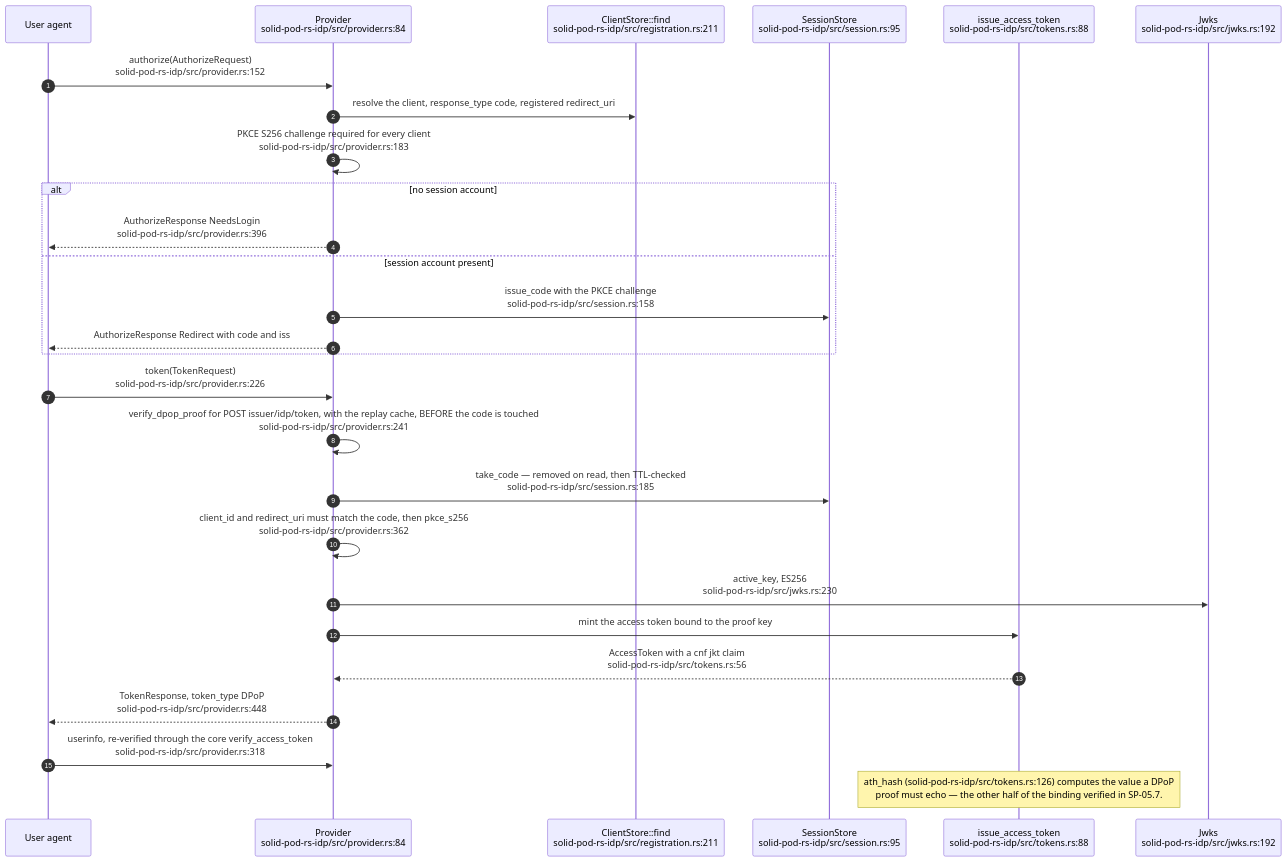
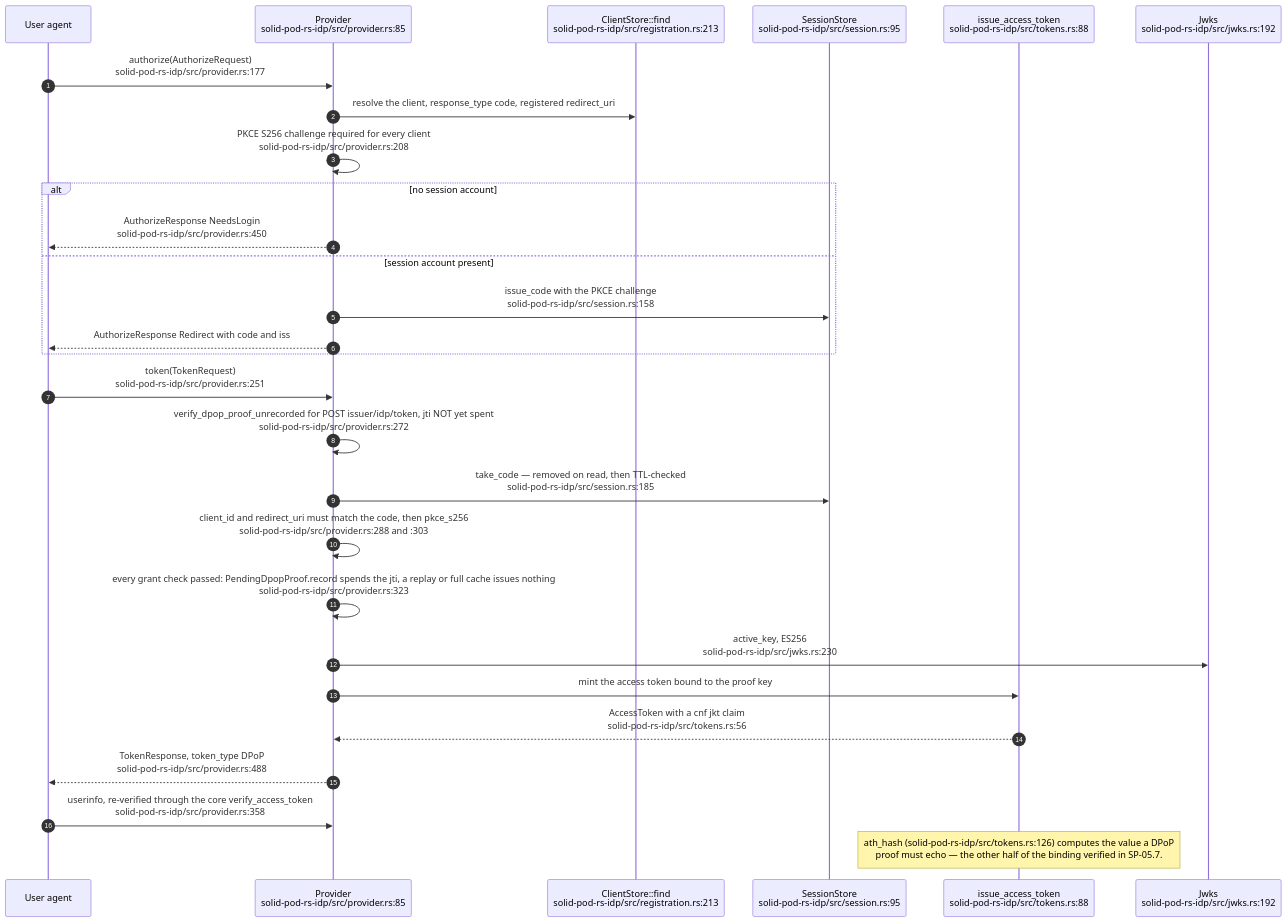
Diagram 13 of 18 in docs/diagrams/solid-pod-rs/05-identity-nip98-did-oidc.md (DreamLab-AI/VisionFlow), drawn with Mermaid before and after one commit. The commit also changed other lines of this file and 2 other files, not shown here.

First line of the commit message:
docs(diagrams): SP-05, SP-11, SP-12 re-verified at solid-pod-rs a28a748

````diff
--- a/docs/diagrams/solid-pod-rs/05-identity-nip98-did-oidc.md
+++ b/docs/diagrams/solid-pod-rs/05-identity-nip98-did-oidc.md
@@ -411,30 +427,31 @@
 ```mermaid
 sequenceDiagram
     autonumber
     participant U as User agent
-    participant P as Provider<br/>solid-pod-rs-idp/src/provider.rs:84
-    participant CS as ClientStore::find<br/>solid-pod-rs-idp/src/registration.rs:211
+    participant P as Provider<br/>solid-pod-rs-idp/src/provider.rs:85
+    participant CS as ClientStore::find<br/>solid-pod-rs-idp/src/registration.rs:213
     participant SS as SessionStore<br/>solid-pod-rs-idp/src/session.rs:95
     participant T as issue_access_token<br/>solid-pod-rs-idp/src/tokens.rs:88
     participant J as Jwks<br/>solid-pod-rs-idp/src/jwks.rs:192
 
-    U->>P: authorize(AuthorizeRequest)<br/>solid-pod-rs-idp/src/provider.rs:152
+    U->>P: authorize(AuthorizeRequest)<br/>solid-pod-rs-idp/src/provider.rs:177
     P->>CS: resolve the client, response_type code, registered redirect_uri
-    P->>P: PKCE S256 challenge required for every client<br/>solid-pod-rs-idp/src/provider.rs:183
+    P->>P: PKCE S256 challenge required for every client<br/>solid-pod-rs-idp/src/provider.rs:208
     alt no session account
-        P-->>U: AuthorizeResponse NeedsLogin<br/>solid-pod-rs-idp/src/provider.rs:396
+        P-->>U: AuthorizeResponse NeedsLogin<br/>solid-pod-rs-idp/src/provider.rs:450
     else session account present
         P->>SS: issue_code with the PKCE challenge<br/>solid-pod-rs-idp/src/session.rs:158
         P-->>U: AuthorizeResponse Redirect with code and iss
     end
-    U->>P: token(TokenRequest)<br/>solid-pod-rs-idp/src/provider.rs:226
-    P->>P: verify_dpop_proof for POST issuer/idp/token, with the replay cache, BEFORE the code is touched<br/>solid-pod-rs-idp/src/provider.rs:241
+    U->>P: token(TokenRequest)<br/>solid-pod-rs-idp/src/provider.rs:251
+    P->>P: verify_dpop_proof_unrecorded for POST issuer/idp/token, jti NOT yet spent<br/>solid-pod-rs-idp/src/provider.rs:272
     P->>SS: take_code — removed on read, then TTL-checked<br/>solid-pod-rs-idp/src/session.rs:185
-    P->>P: client_id and redirect_uri must match the code, then pkce_s256<br/>solid-pod-rs-idp/src/provider.rs:362
+    P->>P: client_id and redirect_uri must match the code, then pkce_s256<br/>solid-pod-rs-idp/src/provider.rs:288 and :303
+    P->>P: every grant check passed: PendingDpopProof.record spends the jti, a replay or full cache issues nothing<br/>solid-pod-rs-idp/src/provider.rs:323
     P->>J: active_key, ES256<br/>solid-pod-rs-idp/src/jwks.rs:230
     P->>T: mint the access token bound to the proof key
     T-->>P: AccessToken with a cnf jkt claim<br/>solid-pod-rs-idp/src/tokens.rs:56
-    P-->>U: TokenResponse, token_type DPoP<br/>solid-pod-rs-idp/src/provider.rs:448
-    U->>P: userinfo, re-verified through the core verify_access_token<br/>solid-pod-rs-idp/src/provider.rs:318
+    P-->>U: TokenResponse, token_type DPoP<br/>solid-pod-rs-idp/src/provider.rs:488
+    U->>P: userinfo, re-verified through the core verify_access_token<br/>solid-pod-rs-idp/src/provider.rs:358
     Note over T: ath_hash (solid-pod-rs-idp/src/tokens.rs:126) computes the value a DPoP<br/>proof must echo — the other half of the binding verified in SP-05.7.
 ```
````
